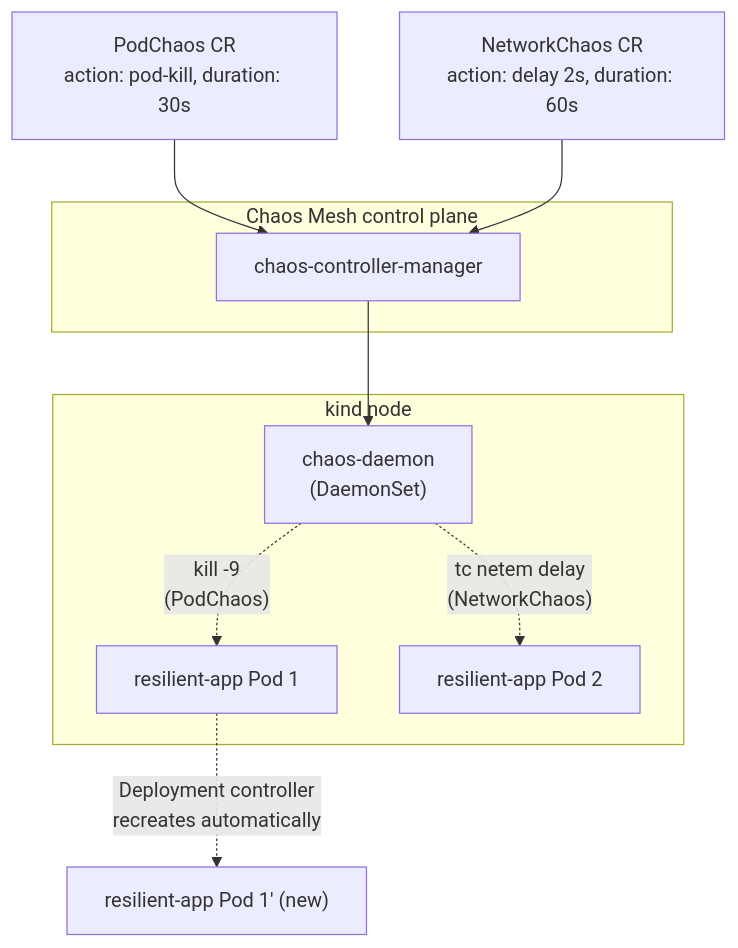
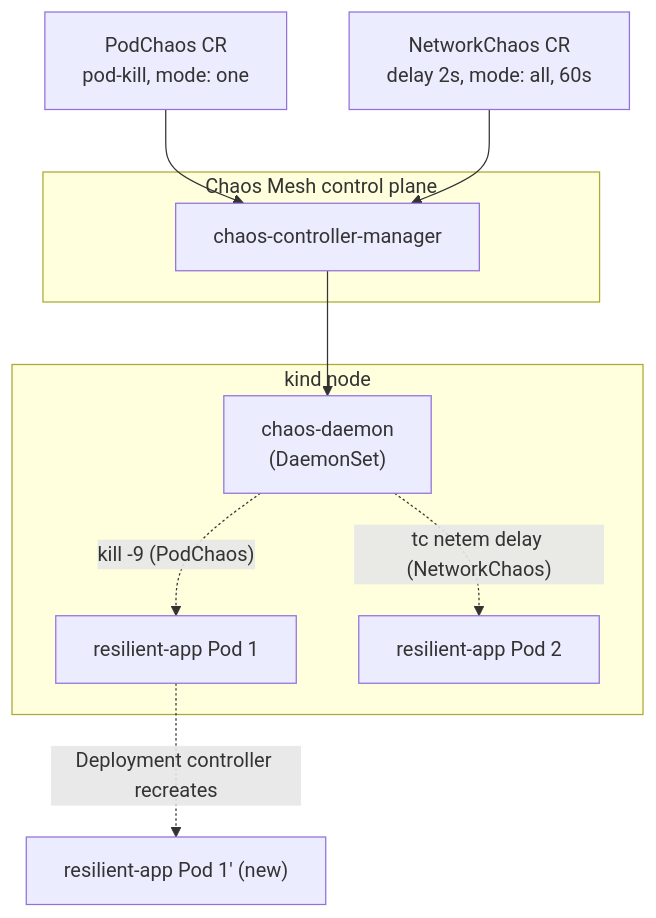
The diagram in lab-G-chaos-mesh.md (datacouch-io/Advanced_Kubernetes_Nutanix), drawn with Mermaid before and after one commit. The commit also changed other lines of this file and 320 other files, not shown here.

````diff
--- a/lab-G-chaos-mesh.md
+++ b/lab-G-chaos-mesh.md
@@ -36,20 +40,17 @@
 ```mermaid
 flowchart TB
     subgraph CTRL["Chaos Mesh control plane"]
         MGR["chaos-controller-manager"]
     end
-
     subgraph NODE["kind node"]
         DAEMON["chaos-daemon<br/>(DaemonSet)"]
         POD1["resilient-app Pod 1"]
         POD2["resilient-app Pod 2"]
-        DAEMON -.->|"kill -9<br/>(PodChaos)"| POD1
-        DAEMON -.->|"tc netem delay<br/>(NetworkChaos)"| POD2
+        DAEMON -.->|"kill -9 (PodChaos)"| POD1
+        DAEMON -.->|"tc netem delay (NetworkChaos)"| POD2
     end
-
-    PODCHAOS["PodChaos CR<br/>action: pod-kill, duration: 30s"] --> MGR
-    NETCHAOS["NetworkChaos CR<br/>action: delay 2s, duration: 60s"] --> MGR
+    PODCHAOS["PodChaos CR<br/>pod-kill, mode: one"] --> MGR
+    NETCHAOS["NetworkChaos CR<br/>delay 2s, mode: all, 60s"] --> MGR
     MGR --> DAEMON
-
-    POD1 -.->|"Deployment controller<br/>recreates automatically"| POD1B["resilient-app Pod 1' (new)"]
+    POD1 -.->|"Deployment controller recreates"| POD1B["resilient-app Pod 1' (new)"]
 ```
````
